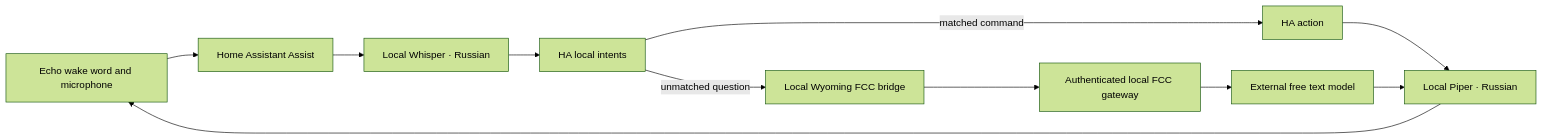
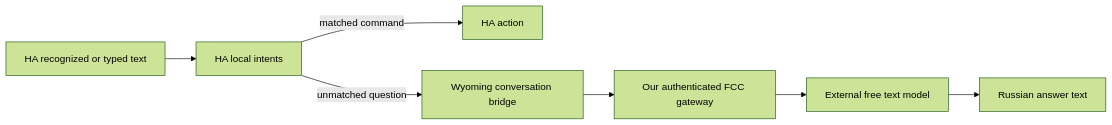
One commit to ha-homelab/ha-echo-show-5 changed the diagram in docs/fcc-voice-backup.md. Above: the diagram before and after it, drawn with Mermaid (forest theme). The commit also changed other lines of this file and 5 other files, not shown here.

Commit message:
Defer local speech and document FCC cloud audio backend

````diff
--- a/docs/fcc-voice-backup.md
+++ b/docs/fcc-voice-backup.md
@@ -7,13 +7,9 @@
 ```mermaid
 flowchart LR
-    Echo[Echo wake word and microphone] --> HA[Home Assistant Assist]
-    HA --> Whisper[Local Whisper · Russian]
-    Whisper --> Intent[HA local intents]
+    Text[HA recognized or typed text] --> Intent[HA local intents]
     Intent -->|matched command| Action[HA action]
-    Intent -->|unmatched question| Bridge[Local Wyoming FCC bridge]
-    Bridge --> FCC[Authenticated local FCC gateway]
+    Intent -->|unmatched question| Bridge[Wyoming conversation bridge]
+    Bridge --> FCC[Our authenticated FCC gateway]
     FCC --> Model[External free text model]
-    Action --> Piper[Local Piper · Russian]
-    Model --> Piper
-    Piper --> Echo
+    Model --> Answer[Russian answer text]
 ```
````
